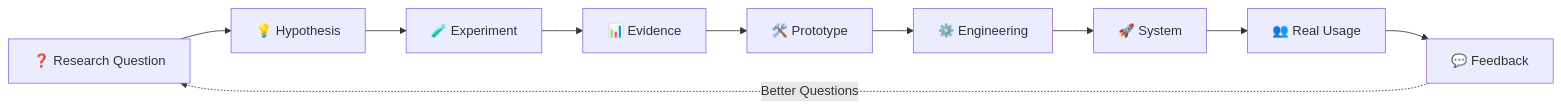
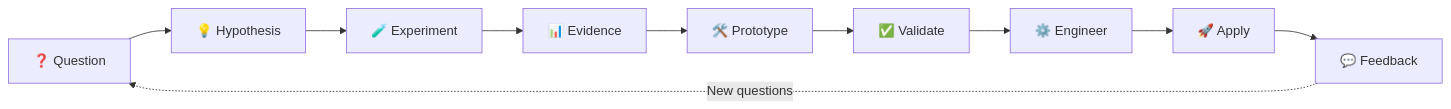
The fourth of 6 diagrams in README.md (Muhammad-Riyan1/Muhammad-Riyan1), drawn with Mermaid before and after one commit. The commit also changed other lines of this file, not shown here.

````diff
--- a/README.md
+++ b/README.md
@@ -313,14 +300,22 @@
 ```mermaid
 flowchart LR
-    A["❓ Research Question"]
-    --> B["💡 Hypothesis"]
-    --> C["🧪 Experiment"]
-    --> D["📊 Evidence"]
-    --> E["🛠️ Prototype"]
-    --> F["⚙️ Engineering"]
-    --> G["🚀 System"]
-    --> H["👥 Real Usage"]
-    --> I["💬 Feedback"]
 
-    I -. Better Questions .-> A
+    Q["❓ Question"]
+    --> H["💡 Hypothesis"]
+
+    H --> EX["🧪 Experiment"]
+
+    EX --> EV["📊 Evidence"]
+
+    EV --> PROTO["🛠️ Prototype"]
+
+    PROTO --> TEST["✅ Validate"]
+
+    TEST --> ENG["⚙️ Engineer"]
+
+    ENG --> DEPLOY["🚀 Apply"]
+
+    DEPLOY --> FB["💬 Feedback"]
+
+    FB -. "New questions" .-> Q
 ```
````
